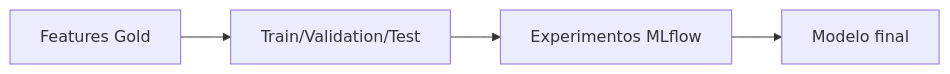
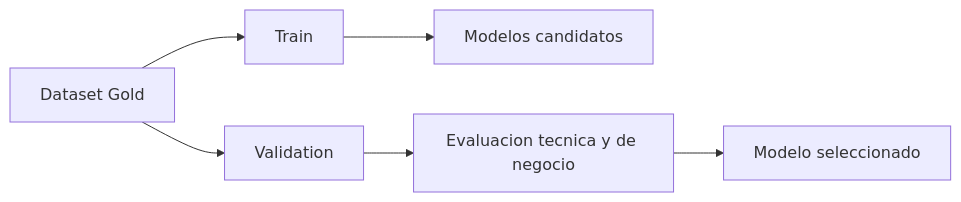
The diagram in documentacion/hito_3/memoria_hito_3.md (AlonsoMarcosM/Trabajo-DESARROLLO-Y-DESPLIEGUE-DE-SOLUCIONES-BIG-DATA), drawn with Mermaid before and after one commit. The commit also changed other lines of this file and 8 other files, not shown here.

````diff
--- a/documentacion/hito_3/memoria_hito_3.md
+++ b/documentacion/hito_3/memoria_hito_3.md
@@ -57,6 +50,8 @@
 ```mermaid
 flowchart LR
-    A[Features Gold] --> B[Train/Validation/Test]
-    B --> C[Experimentos MLflow]
-    C --> D[Modelo final]
+    A[Dataset Gold] --> B[Train]
+    A --> C[Validation]
+    B --> D[Modelos candidatos]
+    C --> E[Evaluacion tecnica y de negocio]
+    E --> F[Modelo seleccionado]
 ```
````
